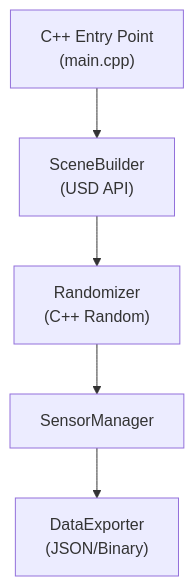
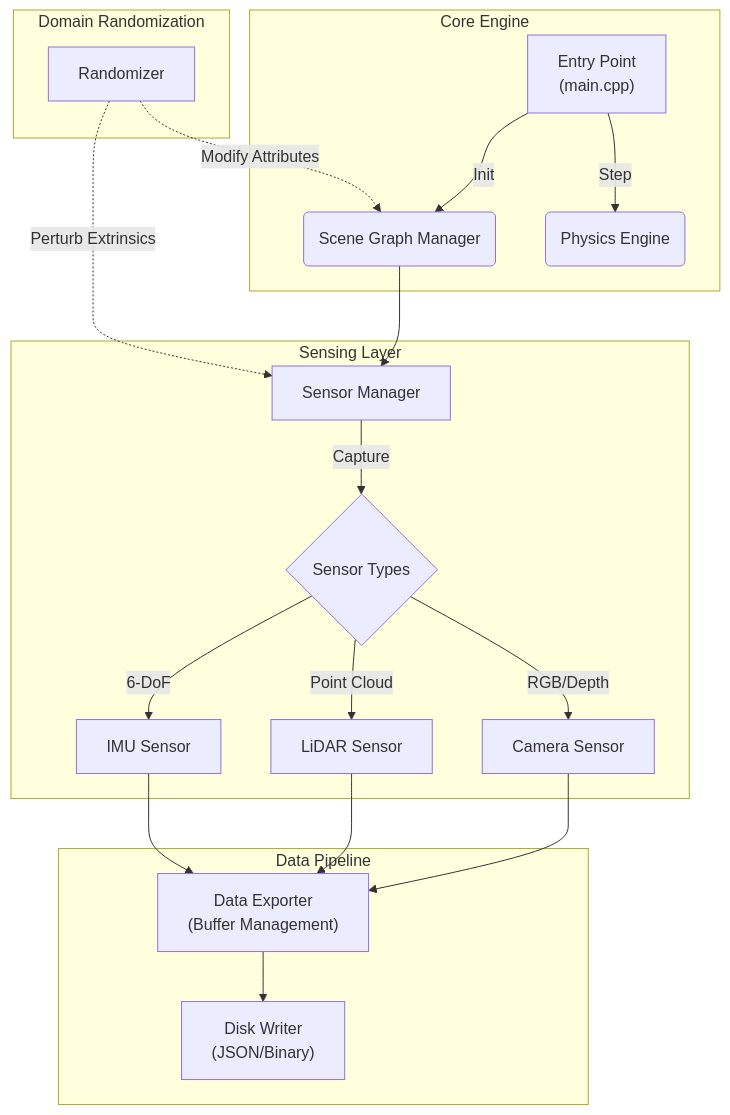
Before and after one commit to aryaMehta26/isaac-sim-synth-data: the diagram in README.md, drawn with Mermaid. The commit also changed other lines of this file and 1 other file, not shown here.

````diff
--- a/README.md
+++ b/README.md
@@ -16,7 +41,25 @@
 ```mermaid
 graph TD
-    A["C++ Entry Point<br>(main.cpp)"] --> B["SceneBuilder<br>(USD API)"]
-    B --> C["Randomizer<br>(C++ Random)"]
-    C --> D[SensorManager]
-    D --> E["DataExporter<br>(JSON/Binary)"]
+    subgraph "Core Engine"
+        A["Entry Point<br>(main.cpp)"] -->|Init| B(Scene Graph Manager)
+        A -->|Step| C(Physics Engine)
+    end
+
+    subgraph "Sensing Layer"
+        B --> D["Sensor Manager"]
+        D -->|Capture| E{Sensor Types}
+        E -->|RGB/Depth| F[Camera Sensor]
+        E -->|Point Cloud| G[LiDAR Sensor]
+        E -->|6-DoF| H[IMU Sensor]
+    end
+
+    subgraph "Data Pipeline"
+        F & G & H --> I["Data Exporter<br>(Buffer Management)"]
+        I --> J["Disk Writer<br>(JSON/Binary)"]
+    end
+
+    subgraph "Domain Randomization"
+        K["Randomizer"] -.->|Modify Attributes| B
+        K -.->|Perturb Extrinsics| D
+    end
 ```
````
